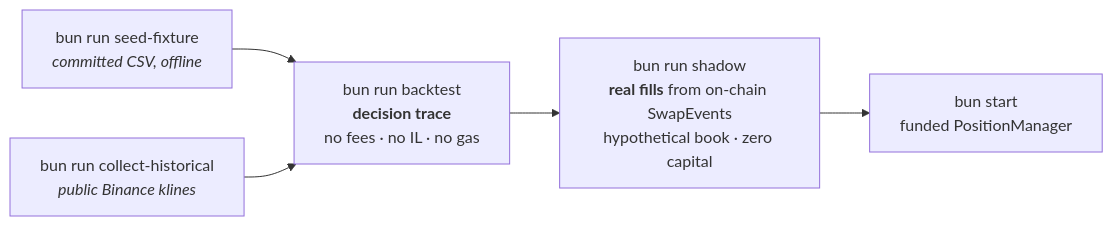
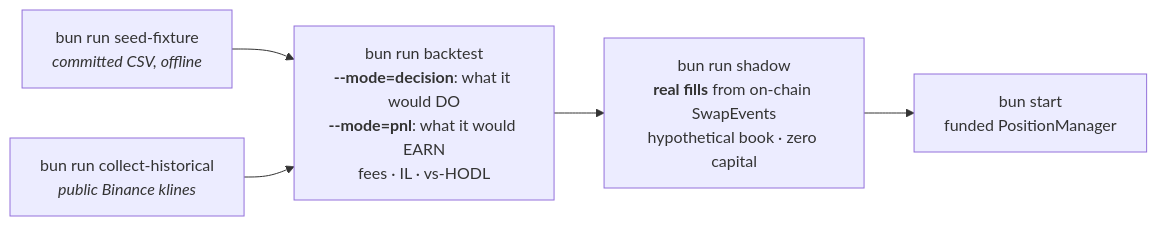
The third of 3 diagrams in README.md (RandyPen/lp-agent), drawn with Mermaid before and after one commit. The commit also changed other lines of this file and 10 other files, not shown here.

````diff
--- a/README.md
+++ b/README.md
@@ -176,7 +176,7 @@
 ```mermaid
 flowchart LR
     F["bun run seed-fixture<br/><i>committed CSV, offline</i>"] --> B
     C["bun run collect-historical<br/><i>public Binance klines</i>"] --> B
-    B["bun run backtest<br/><b>decision trace</b><br/>no fees · no IL · no gas"] --> S
+    B["bun run backtest<br/><b>--mode=decision</b>: what it would DO<br/><b>--mode=pnl</b>: what it would EARN<br/>fees · IL · vs-HODL"] --> S
     S["bun run shadow<br/><b>real fills</b> from on-chain SwapEvents<br/>hypothetical book · zero capital"] --> L["bun start<br/>funded PositionManager"]
 ```
````
